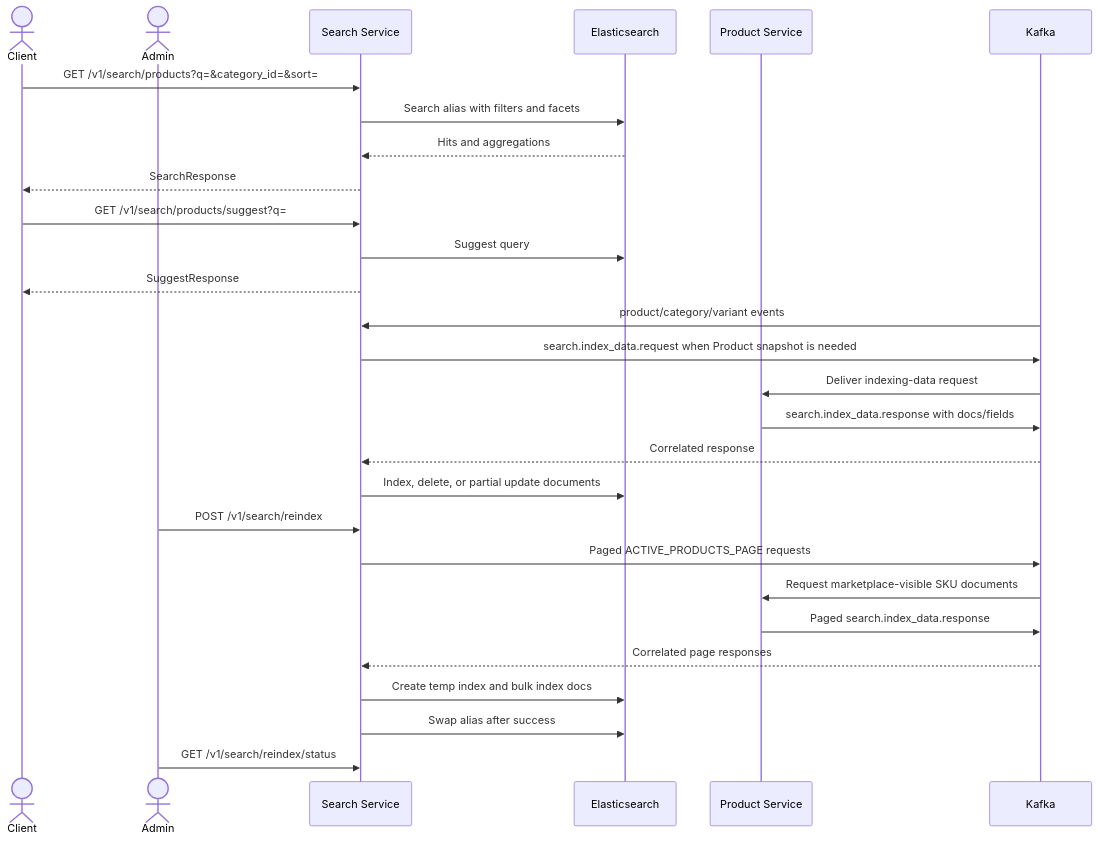
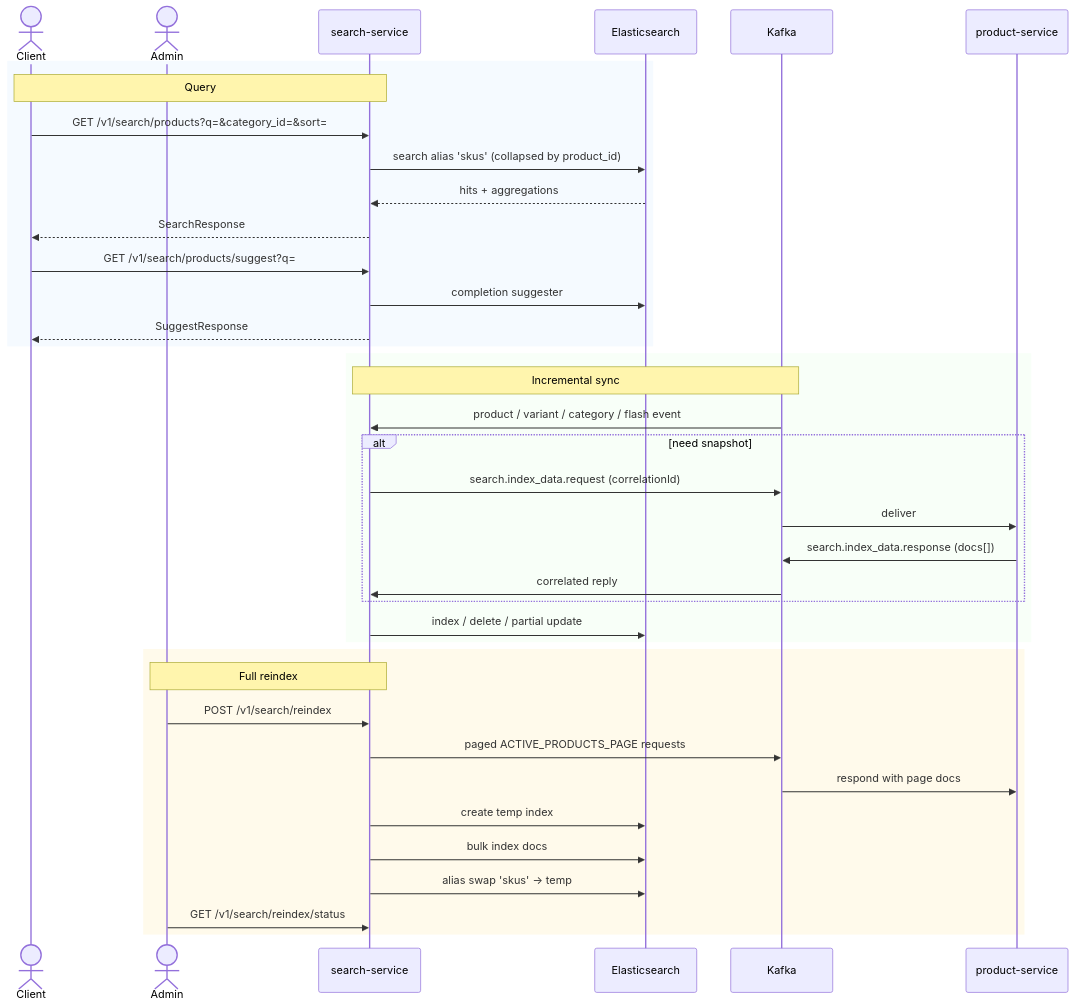
Before and after one commit to ldqanh1408/stealing-from-paradise: the diagram in documents/flows/search-service/flow-search-indexing.md, drawn with Mermaid. The commit also changed other lines of this file and 48 other files, not shown here.

First line of the commit message:
Add new product categories and update product seed data

````diff
--- a/documents/flows/search-service/flow-search-indexing.md
+++ b/documents/flows/search-service/flow-search-indexing.md
@@ -14,34 +34,43 @@
 ```mermaid
 sequenceDiagram
     actor Client
     actor Admin
-    participant Search as Search Service
+    participant SR as search-service
     participant ES as Elasticsearch
-    participant Product as Product Service
-    participant Kafka as Kafka
+    participant K as Kafka
+    participant PR as product-service
 
-    Client->>Search: GET /v1/search/products?q=&category_id=&sort=
-    Search->>ES: Search alias with filters and facets
-    ES-->>Search: Hits and aggregations
-    Search-->>Client: SearchResponse
+    rect rgb(245,250,255)
+    Note over Client,SR: Query
+    Client->>SR: GET /v1/search/products?q=&category_id=&sort=
+    SR->>ES: search alias 'skus' (collapsed by product_id)
+    ES-->>SR: hits + aggregations
+    SR-->>Client: SearchResponse
+    Client->>SR: GET /v1/search/products/suggest?q=
+    SR->>ES: completion suggester
+    SR-->>Client: SuggestResponse
+    end
 
-    Client->>Search: GET /v1/search/products/suggest?q=
-    Search->>ES: Suggest query
-    Search-->>Client: SuggestResponse
+    rect rgb(248,255,248)
+    Note over K,SR: Incremental sync
+    K->>SR: product / variant / category / flash event
+    alt need snapshot
+        SR->>K: search.index_data.request (correlationId)
+        K->>PR: deliver
+        PR->>K: search.index_data.response (docs[])
+        K->>SR: correlated reply
+    end
+    SR->>ES: index / delete / partial update
+    end
 
-    Kafka->>Search: product/category/variant events
-    Search->>Kafka: search.index_data.request when Product snapshot is needed
-    Kafka->>Product: Deliver indexing-data request
-    Product->>Kafka: search.index_data.response with docs/fields
-    Kafka-->>Search: Correlated response
-    Search->>ES: Index, delete, or partial update documents
-
-    Admin->>Search: POST /v1/search/reindex
-    Search->>Kafka: Paged ACTIVE_PRODUCTS_PAGE requests
-    Kafka->>Product: Request marketplace-visible SKU documents
-    Product->>Kafka: Paged search.index_data.response
-    Kafka-->>Search: Correlated page responses
-    Search->>ES: Create temp index and bulk index docs
-    Search->>ES: Swap alias after success
-    Admin->>Search: GET /v1/search/reindex/status
+    rect rgb(255,250,235)
+    Note over Admin,SR: Full reindex
+    Admin->>SR: POST /v1/search/reindex
+    SR->>K: paged ACTIVE_PRODUCTS_PAGE requests
+    K->>PR: respond with page docs
+    SR->>ES: create temp index
+    SR->>ES: bulk index docs
+    SR->>ES: alias swap 'skus' → temp
+    Admin->>SR: GET /v1/search/reindex/status
+    end
 ```
````
